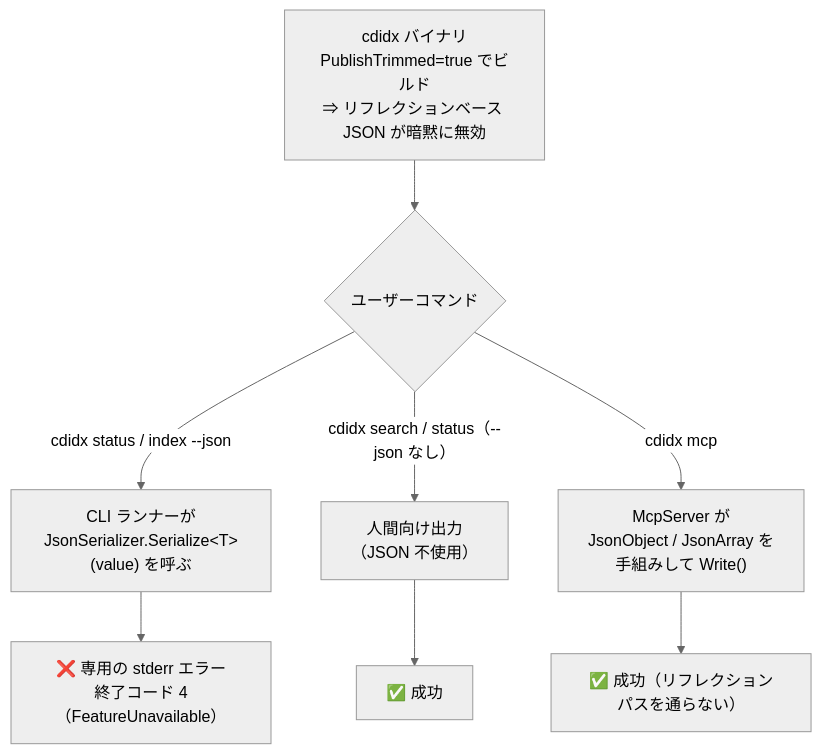
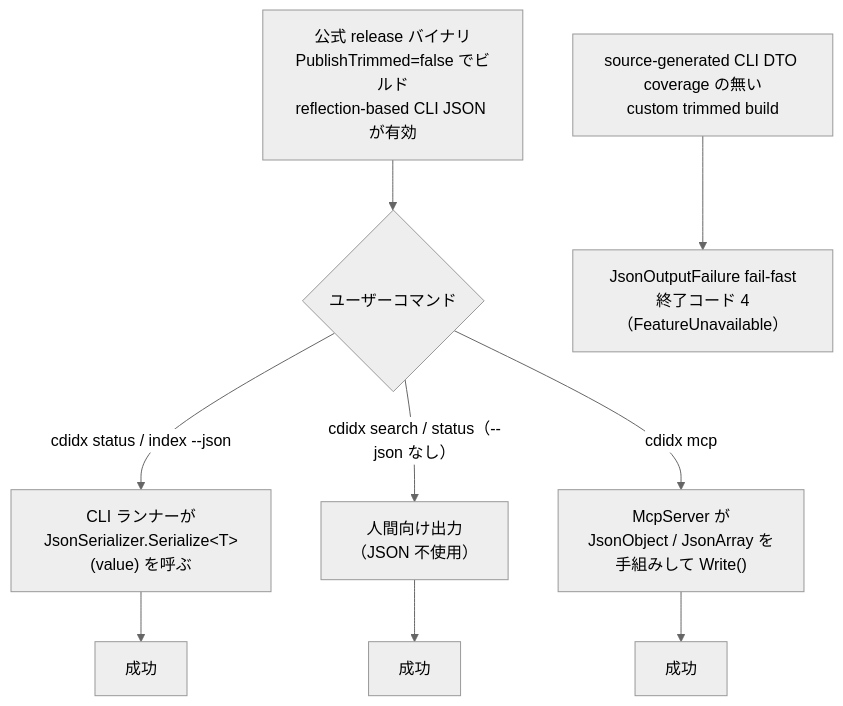
Diagram 12 of 12 in DEVELOPER_GUIDE.md (braincominity/CodeIndex), drawn with Mermaid (neutral theme) before and after one commit. The commit also changed other lines of this file and 5 other files, not shown here.

Commit message:
Support CLI JSON in release binaries

````diff
--- a/DEVELOPER_GUIDE.md
+++ b/DEVELOPER_GUIDE.md
@@ -2134,11 +2138,12 @@
 ```mermaid
 flowchart TD
-    B["cdidx バイナリ<br/>PublishTrimmed=true でビルド<br/>⇒ リフレクションベース JSON が暗黙に無効"]
+    B["公式 release バイナリ<br/>PublishTrimmed=false でビルド<br/>reflection-based CLI JSON が有効"]
     B --> R{ユーザーコマンド}
     R -->|cdidx status / index --json| A["CLI ランナーが<br/>JsonSerializer.Serialize&lt;T&gt;(value) を呼ぶ"]
     R -->|cdidx search / status（--json なし）| H["人間向け出力<br/>（JSON 不使用）"]
     R -->|cdidx mcp| M["McpServer が<br/>JsonObject / JsonArray を<br/>手組みして Write()"]
-    A --> AX["❌ 専用の stderr エラー<br/>終了コード 4（FeatureUnavailable）"]
-    H --> HX["✅ 成功"]
-    M --> MX["✅ 成功（リフレクションパスを通らない）"]
+    A --> AX["成功"]
+    H --> HX["成功"]
+    M --> MX["成功"]
+    T["source-generated CLI DTO coverage の無い<br/>custom trimmed build"] --> TX["JsonOutputFailure fail-fast<br/>終了コード 4（FeatureUnavailable）"]
 ```
````
